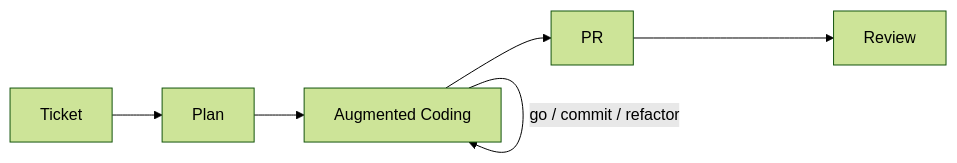
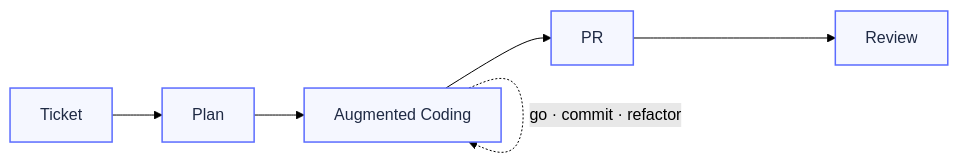
Before and after one commit to currenjin/currenjin.github.io: the diagram in _wiki/augmented-coding.md, drawn with Mermaid (forest theme).

Commit message:
Docs: Restyle Mermaid diagram with cleaner loop and unified node theme

````diff
--- a/_wiki/augmented-coding.md
+++ b/_wiki/augmented-coding.md
@@ -59,9 +59,8 @@
 ```mermaid
 flowchart LR
-  T["Ticket"] --> P["Plan"]
-  P --> A["Augmented Coding"]
-  A --> PR["PR"]
-  PR --> R["Review"]
+  T[Ticket] --> P[Plan] --> A[Augmented Coding] --> PR[PR] --> R[Review]
+  A -. go · commit · refactor .-> A
 
-  A -- "go / commit / refactor" --> A
+  classDef core fill:#f5f7ff,stroke:#5b6cff,stroke-width:1.5px,color:#1f2a44;
+  class T,P,A,PR,R core;
 ```
````
